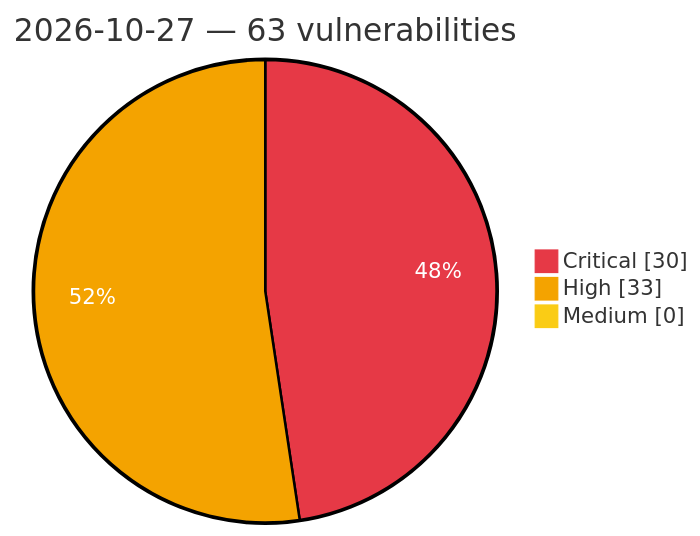
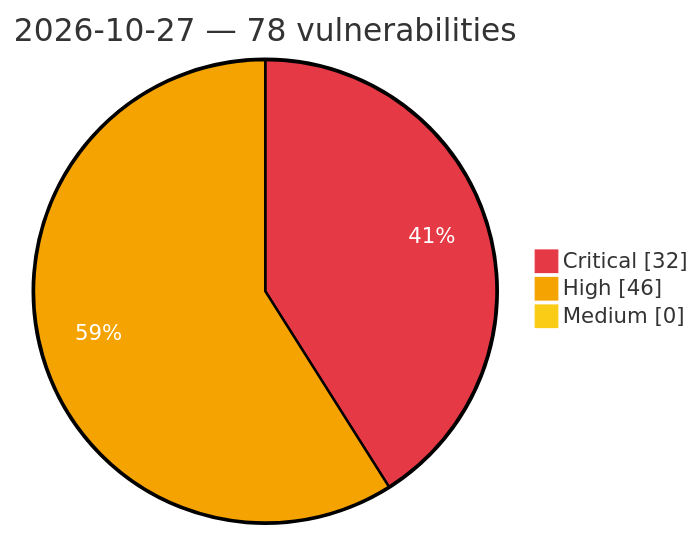
One commit to GhostX0X/vuln-tracker changed the diagram in vulnerabilities/2026/October/2026-10-27.md. Above: the diagram before and after it, drawn with Mermaid. The commit also changed other lines of this file and 5 other files, not shown here.

Commit message:
Auto update: critical/high vulns (2026-10-27 22:28 UTC)

````diff
--- a/vulnerabilities/2026/October/2026-10-27.md
+++ b/vulnerabilities/2026/October/2026-10-27.md
@@ -3,8 +3,8 @@
 ```mermaid
 %%{init: {'theme':'base', 'themeVariables': {'pie1':'#e63946', 'pie2':'#f4a300', 'pie3':'#facc15', 'pieOpacity':'1', 'pieOuterStrokeWidth':'2px', 'pieSectionTextColor':'#ffffff'}}}%%
 pie showData
-    title 2026-10-27 — 63 vulnerabilities
-    "Critical" : 30
-    "High" : 33
+    title 2026-10-27 — 78 vulnerabilities
+    "Critical" : 32
+    "High" : 46
     "Medium" : 0
 ```
````
